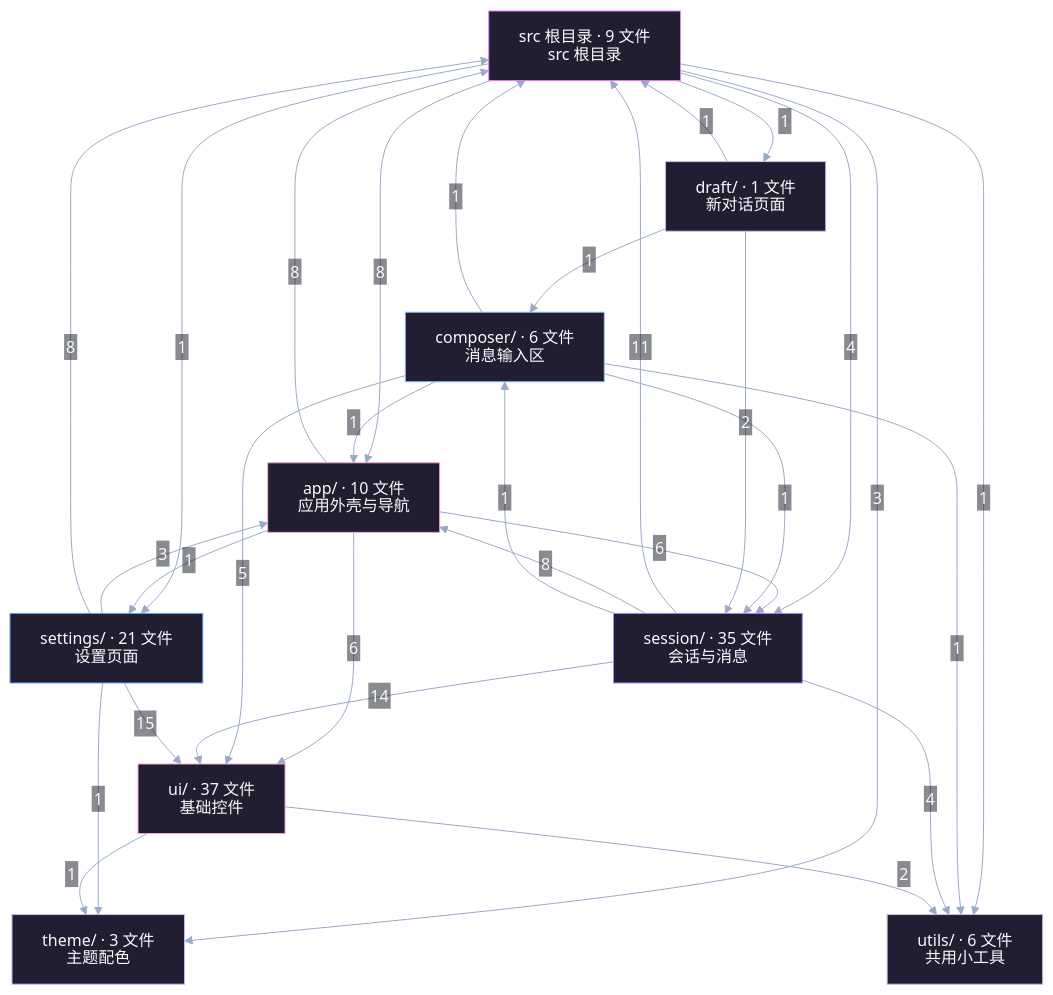
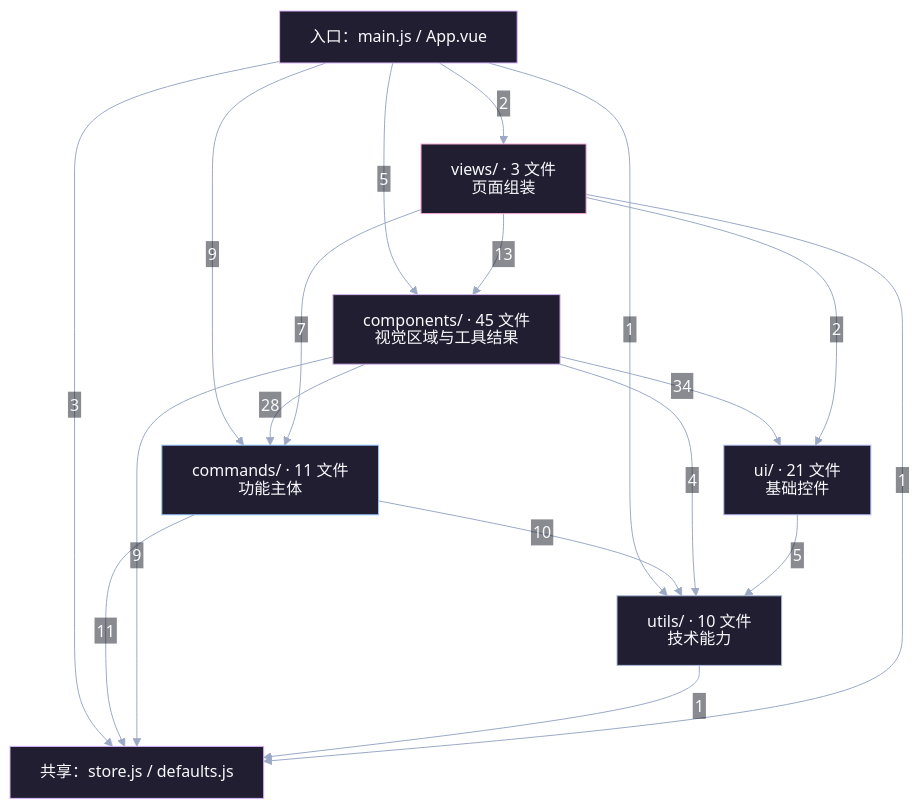
One commit to kernel4632/agent changed the diagram in docs/frontend-dependencies-dirs.mmd. Above: the diagram before and after it, drawn with Mermaid. The commit also changed 27 other files, not shown here.

Commit message:
chore: 更新前端重构说明与实测结构图

```diff
--- a/docs/frontend-dependencies-dirs.mmd
+++ b/docs/frontend-dependencies-dirs.mmd
@@ -1,59 +1,39 @@
 %%{init: {"theme":"base","themeVariables":{"darkMode":true,"fontFamily":"system-ui, Microsoft YaHei, sans-serif","fontSize":"16px","background":"#0d0f16","primaryColor":"#241c35","primaryBorderColor":"#b5a4d5","primaryTextColor":"#f8fafc","secondaryColor":"#20253b","tertiaryColor":"#20253b","lineColor":"#9ba9c7","clusterBkg":"#151521","clusterBorder":"#60526d","edgeLabelBackground":"#171822","titleColor":"#f8fafc"},"flowchart":{"htmlLabels":false,"useMaxWidth":true,"nodeSpacing":30,"rankSpacing":55},"htmlLabels":false}}%%
 flowchart TB
 
-n_root["src 根目录 · 9 文件
-src 根目录"]
-style n_root fill:#221e32,stroke:#e879f9,color:#f8fafc
-n_app["app/ · 10 文件
-应用外壳与导航"]
-style n_app fill:#221e32,stroke:#f3a6ce,color:#f8fafc
-n_draft["draft/ · 1 文件
-新对话页面"]
-style n_draft fill:#221e32,stroke:#d4b4f5,color:#f8fafc
-n_composer["composer/ · 6 文件
-消息输入区"]
-style n_composer fill:#221e32,stroke:#93c5fd,color:#f8fafc
-n_session["session/ · 35 文件
-会话与消息"]
-style n_session fill:#221e32,stroke:#a78bfa,color:#f8fafc
-n_settings["settings/ · 21 文件
-设置页面"]
-style n_settings fill:#221e32,stroke:#60a5fa,color:#f8fafc
-n_ui["ui/ · 37 文件
+n_entry["入口：main.js / App.vue"]
+style n_entry fill:#221e32,stroke:#d8b4fe,color:#f8fafc
+n_views["views/ · 3 文件
+页面组装"]
+style n_views fill:#221e32,stroke:#f9a8d4,color:#f8fafc
+n_components["components/ · 45 文件
+视觉区域与工具结果"]
+style n_components fill:#221e32,stroke:#d6b5f2,color:#f8fafc
+n_commands["commands/ · 11 文件
+功能主体"]
+style n_commands fill:#221e32,stroke:#93c5fd,color:#f8fafc
+n_ui["ui/ · 21 文件
 基础控件"]
-style n_ui fill:#221e32,stroke:#f9a8d4,color:#f8fafc
-n_theme["theme/ · 3 文件
-主题配色"]
-style n_theme fill:#221e32,stroke:#c4b5fd,color:#f8fafc
-n_utils["utils/ · 6 文件
-共用小工具"]
-style n_utils fill:#221e32,stroke:#b7bed8,color:#f8fafc
-n_root -->|"1"| n_draft
-n_root -->|"4"| n_session
-n_root -->|"8"| n_app
-n_root -->|"3"| n_theme
-n_root -->|"1"| n_utils
-n_root -->|"1"| n_settings
-n_app -->|"6"| n_ui
-n_app -->|"6"| n_session
-n_app -->|"8"| n_root
-n_app -->|"1"| n_settings
-n_composer -->|"5"| n_ui
-n_composer -->|"1"| n_root
-n_composer -->|"1"| n_app
-n_composer -->|"1"| n_session
-n_composer -->|"1"| n_utils
-n_draft -->|"1"| n_composer
-n_draft -->|"2"| n_session
-n_draft -->|"1"| n_root
-n_session -->|"14"| n_ui
-n_session -->|"11"| n_root
-n_session -->|"8"| n_app
-n_session -->|"4"| n_utils
-n_session -->|"1"| n_composer
-n_settings -->|"15"| n_ui
-n_settings -->|"3"| n_app
-n_settings -->|"8"| n_root
-n_settings -->|"1"| n_theme
-n_ui -->|"1"| n_theme
-n_ui -->|"2"| n_utils
+style n_ui fill:#221e32,stroke:#b8bdfa,color:#f8fafc
+n_data["共享：store.js / defaults.js"]
+style n_data fill:#221e32,stroke:#d8b4fe,color:#f8fafc
+n_utils["utils/ · 10 文件
+技术能力"]
+style n_utils fill:#221e32,stroke:#a8bada,color:#f8fafc
+n_entry -->|"9"| n_commands
+n_entry -->|"3"| n_data
+n_entry -->|"2"| n_views
+n_entry -->|"5"| n_components
+n_entry -->|"1"| n_utils
+n_commands -->|"10"| n_utils
+n_commands -->|"11"| n_data
+n_components -->|"34"| n_ui
+n_components -->|"9"| n_data
+n_components -->|"28"| n_commands
+n_components -->|"4"| n_utils
+n_ui -->|"5"| n_utils
+n_utils -->|"1"| n_data
+n_views -->|"2"| n_ui
+n_views -->|"13"| n_components
+n_views -->|"7"| n_commands
+n_views -->|"1"| n_data
```
